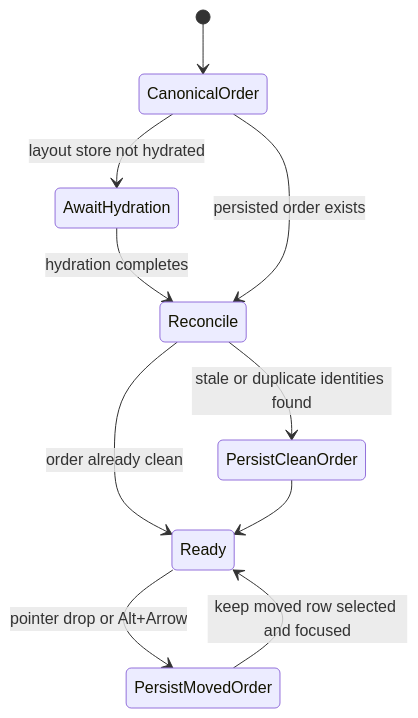
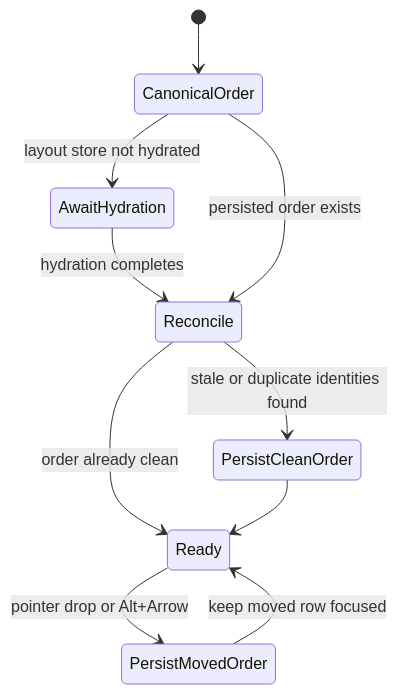
Before and after one commit to dunay2/dvt: diagram 11 of 11 in docs/architecture/components/web/graph/canvas-layout-persistence-component.md, drawn with Mermaid. The commit also changed other lines of this file and 879 other files, not shown here.

````diff
--- a/docs/architecture/components/web/graph/canvas-layout-persistence-component.md
+++ b/docs/architecture/components/web/graph/canvas-layout-persistence-component.md
@@ -392,12 +536,12 @@
 ```mermaid
 stateDiagram-v2
   [*] --> CanonicalOrder
   CanonicalOrder --> AwaitHydration: layout store not hydrated
   AwaitHydration --> Reconcile: hydration completes
   CanonicalOrder --> Reconcile: persisted order exists
   Reconcile --> PersistCleanOrder: stale or duplicate identities found
   Reconcile --> Ready: order already clean
   PersistCleanOrder --> Ready
   Ready --> PersistMovedOrder: pointer drop or Alt+Arrow
-  PersistMovedOrder --> Ready: keep moved row selected and focused
+  PersistMovedOrder --> Ready: keep moved row focused
 ```
````
